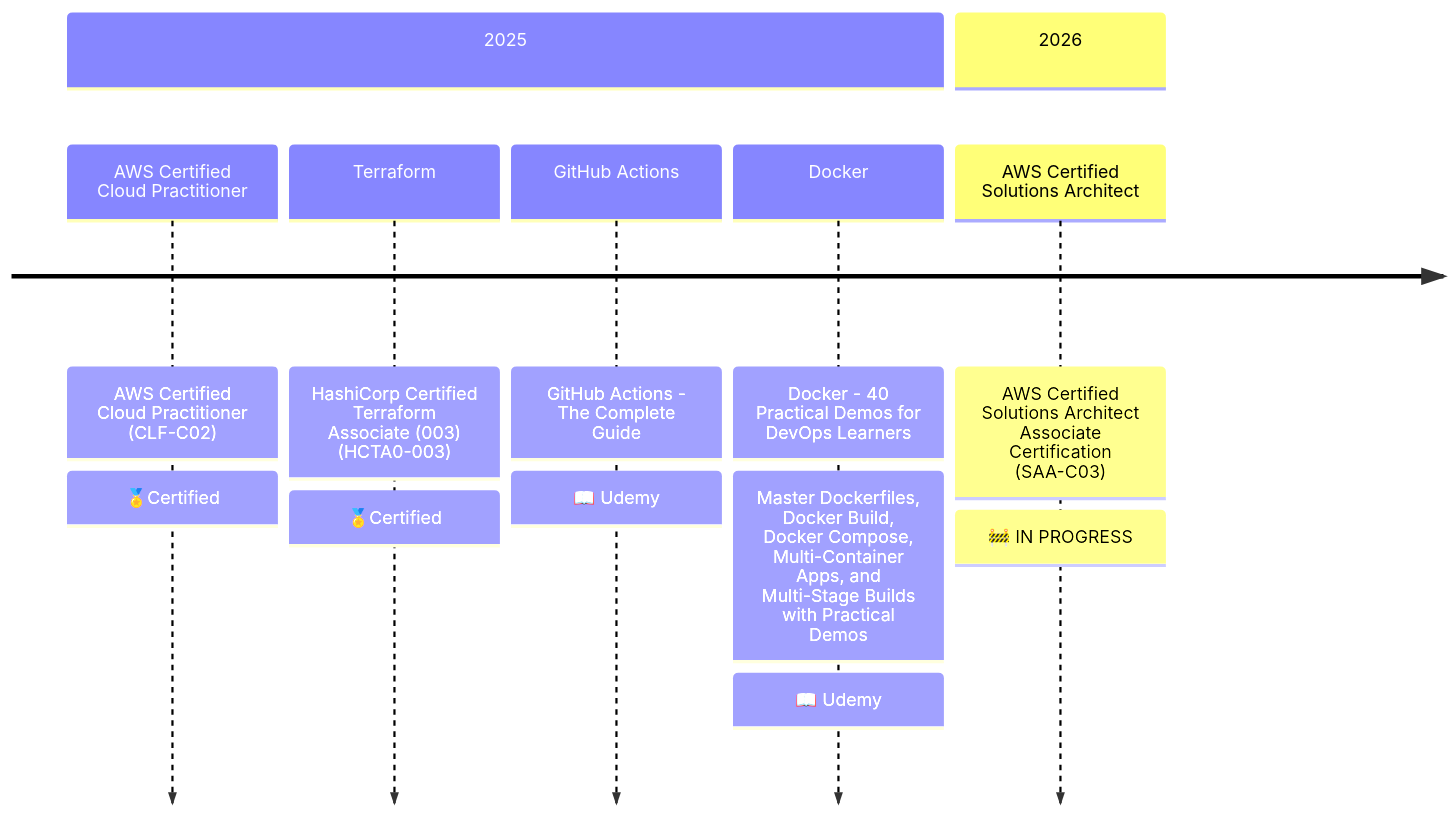
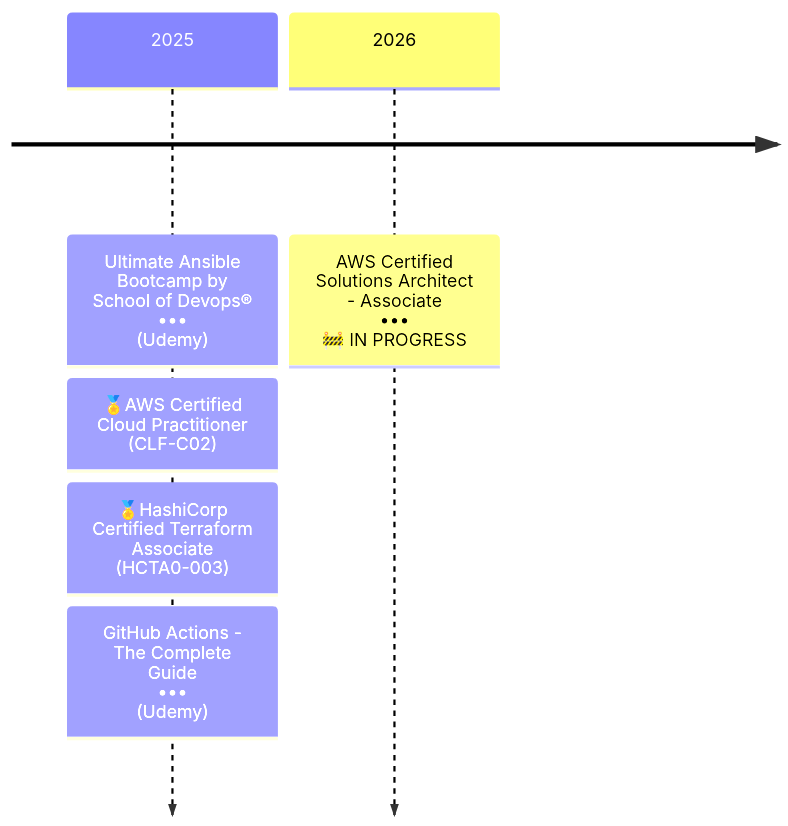
Before and after one commit to rtdevx/rtdevx.github.io: the diagram in content/about.md, drawn with Mermaid.

Commit message:
Obsidian sync: 2025-12-09 23:19:59

```diff
--- a/content/about.md
+++ b/content/about.md
@@ -63,10 +63,8 @@
 {{< mermaid >}}
 timeline
-        section 2025          
-          AWS Certified Cloud Practitioner : AWS Certified Cloud Practitioner (CLF-C02) : 🏅Certified
-          Terraform : HashiCorp Certified Terraform Associate (003) (HCTA0-003) : 🏅Certified
-          GitHub Actions : GitHub Actions - The Complete Guide : 📖 Udemy
-          Docker : Docker - 40 Practical Demos for DevOps Learners : Master Dockerfiles, Docker Build, Docker Compose, Multi-Container Apps, and Multi-Stage Builds with Practical Demos : 📖 Udemy
-        section 2026
-          AWS Certified Solutions Architect : AWS Certified Solutions Architect Associate Certification (SAA-C03) : 🚧 IN PROGRESS
+    2025 : Ultimate Ansible Bootcamp by School of Devops® <br> ••• <br>(Udemy)
+         : 🏅AWS Certified Cloud Practitioner (CLF-C02)<br>
+         : 🏅HashiCorp Certified Terraform Associate (HCTA0-003)
+         : GitHub Actions - The Complete Guide <br> ••• <br> (Udemy)
+    2026 : AWS Certified Solutions Architect - Associate <br> ••• <br> 🚧 IN PROGRESS
 {{< /mermaid >}}
```
